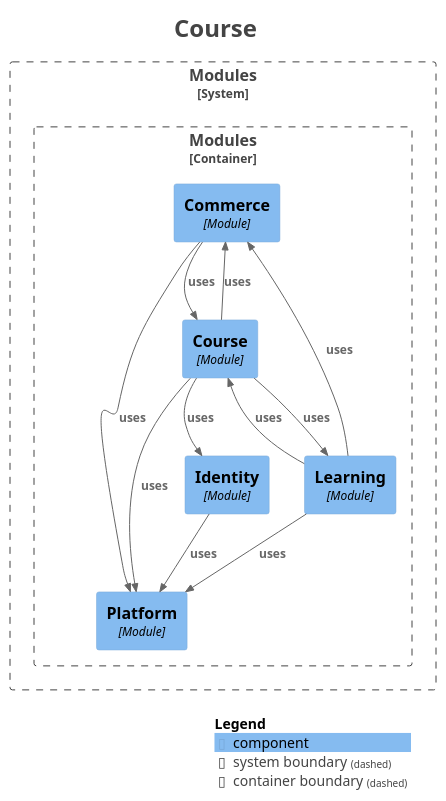
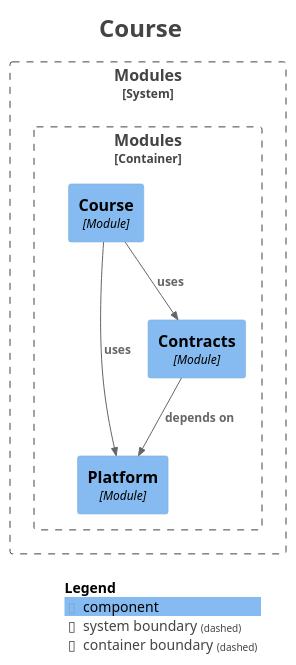
Before and after one commit to thereYany/btry: the diagram in docs/generated/modulith/module-course.puml, drawn with PlantUML. The commit also changed 91 other files, not shown here.

First line of the commit message:
feat(p4-2): 抽取 contracts 契约模块，模块图清零循环

```diff
--- a/docs/generated/modulith/module-course.puml
+++ b/docs/generated/modulith/module-course.puml
@@ -1,42 +1,33 @@
 @startuml
 title <size:24>Course</size>
 
 set separator none
 top to bottom direction
 
 <style>
   root {
     BackgroundColor: #ffffff
     FontColor: #444444
   }
 </style>
 
 !include <C4/C4>
 !include <C4/C4_Context>
 !include <C4/C4_Component>
 
 System_Boundary("Modules_boundary", "Modules", $tags="") {
   Container_Boundary("Modules.Modules_boundary", "Modules", $tags="") {
-    Component(Modules.Modules.Commerce, "Commerce", $techn="Module", $descr="", $tags="", $link="")
+    Component(Modules.Modules.Platform, "Platform", $techn="Module", $descr="", $tags="", $link="")
+    Component(Modules.Modules.Contracts, "Contracts", $techn="Module", $descr="", $tags="", $link="")
     Component(Modules.Modules.Course, "Course", $techn="Module", $descr="", $tags="", $link="")
-    Component(Modules.Modules.Identity, "Identity", $techn="Module", $descr="", $tags="", $link="")
-    Component(Modules.Modules.Learning, "Learning", $techn="Module", $descr="", $tags="", $link="")
-    Component(Modules.Modules.Platform, "Platform", $techn="Module", $descr="", $tags="", $link="")
   }
 
 }
 
-Rel(Modules.Modules.Learning, Modules.Modules.Course, "uses", $techn="", $tags="", $link="")
-Rel(Modules.Modules.Learning, Modules.Modules.Commerce, "uses", $techn="", $tags="", $link="")
-Rel(Modules.Modules.Learning, Modules.Modules.Platform, "uses", $techn="", $tags="", $link="")
-Rel(Modules.Modules.Course, Modules.Modules.Identity, "uses", $techn="", $tags="", $link="")
-Rel(Modules.Modules.Course, Modules.Modules.Commerce, "uses", $techn="", $tags="", $link="")
-Rel(Modules.Modules.Course, Modules.Modules.Learning, "uses", $techn="", $tags="", $link="")
+Rel(Modules.Modules.Contracts, Modules.Modules.Platform, "depends on", $techn="", $tags="", $link="")
+Rel(Modules.Modules.Course, Modules.Modules.Contracts, "uses", $techn="", $tags="", $link="")
 Rel(Modules.Modules.Course, Modules.Modules.Platform, "uses", $techn="", $tags="", $link="")
-Rel(Modules.Modules.Identity, Modules.Modules.Platform, "uses", $techn="", $tags="", $link="")
-Rel(Modules.Modules.Commerce, Modules.Modules.Course, "uses", $techn="", $tags="", $link="")
-Rel(Modules.Modules.Commerce, Modules.Modules.Platform, "uses", $techn="", $tags="", $link="")
 
 SHOW_LEGEND(true)
 hide stereotypes
 @enduml
```
